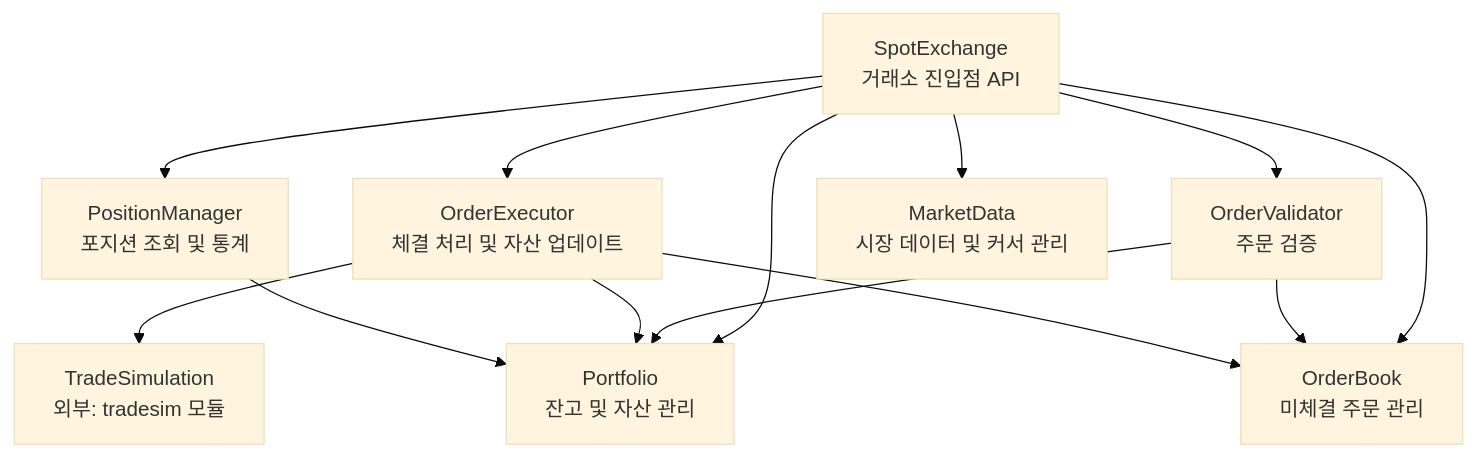
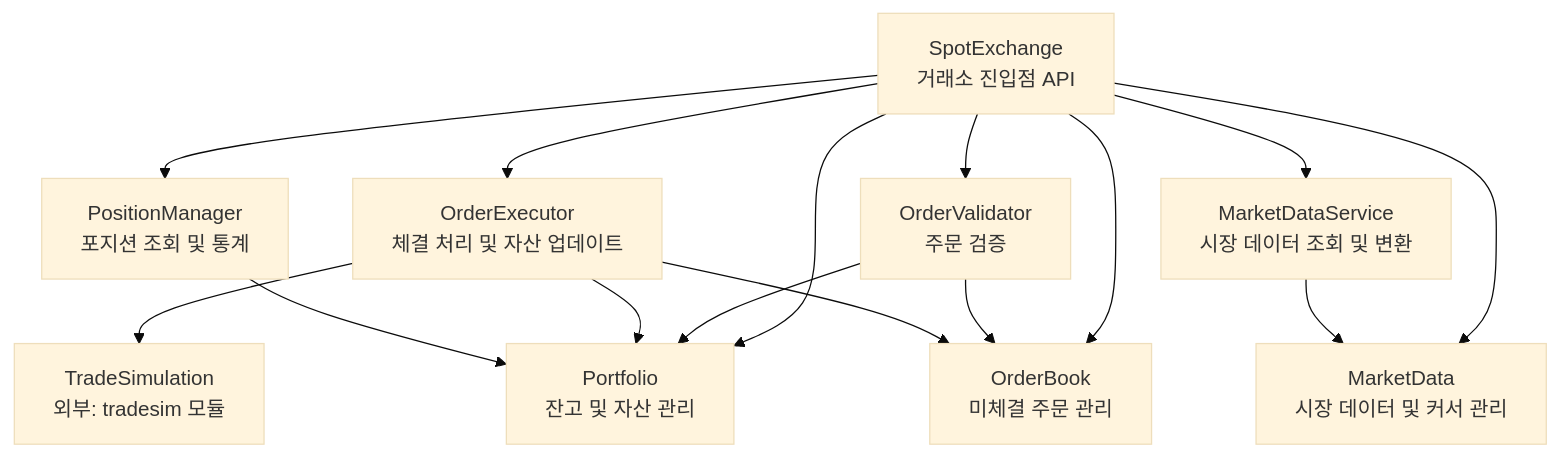
One commit to gatesplan/python-toolbox changed the diagram in packages/financial-simulation/financial_simulation/exchange/Architecture - Exchange.md. Above: the diagram before and after it, drawn with Mermaid (base theme). The commit also changed other lines of this file and 15 other files, not shown here.

First line of the commit message:
feat(financial-simulation): OrderHistory 및 MarketDataService 추가, CPSCP 구조 개선

````diff
--- a/packages/financial-simulation/financial_simulation/exchange/Architecture - Exchange.md
+++ b/packages/financial-simulation/financial_simulation/exchange/Architecture - Exchange.md
@@ -33,30 +33,34 @@
 ```mermaid
 graph TB
     API[SpotExchange<br/>거래소 진입점 API]
 
     OrderValidator[OrderValidator<br/>주문 검증]
     OrderExecutor[OrderExecutor<br/>체결 처리 및 자산 업데이트]
     PositionManager[PositionManager<br/>포지션 조회 및 통계]
+    MarketDataService[MarketDataService<br/>시장 데이터 조회 및 변환]
 
     Portfolio[Portfolio<br/>잔고 및 자산 관리]
     OrderBook[OrderBook<br/>미체결 주문 관리]
     MarketData[MarketData<br/>시장 데이터 및 커서 관리]
 
     TradeSimulation[TradeSimulation<br/>외부: tradesim 모듈]
 
     API --> OrderValidator
     API --> OrderExecutor
     API --> PositionManager
+    API --> MarketDataService
     API --> Portfolio
     API --> OrderBook
     API --> MarketData
 
     OrderValidator --> Portfolio
     OrderValidator --> OrderBook
 
     OrderExecutor --> TradeSimulation
     OrderExecutor --> Portfolio
     OrderExecutor --> OrderBook
 
     PositionManager --> Portfolio
+
+    MarketDataService --> MarketData
 ```
````
